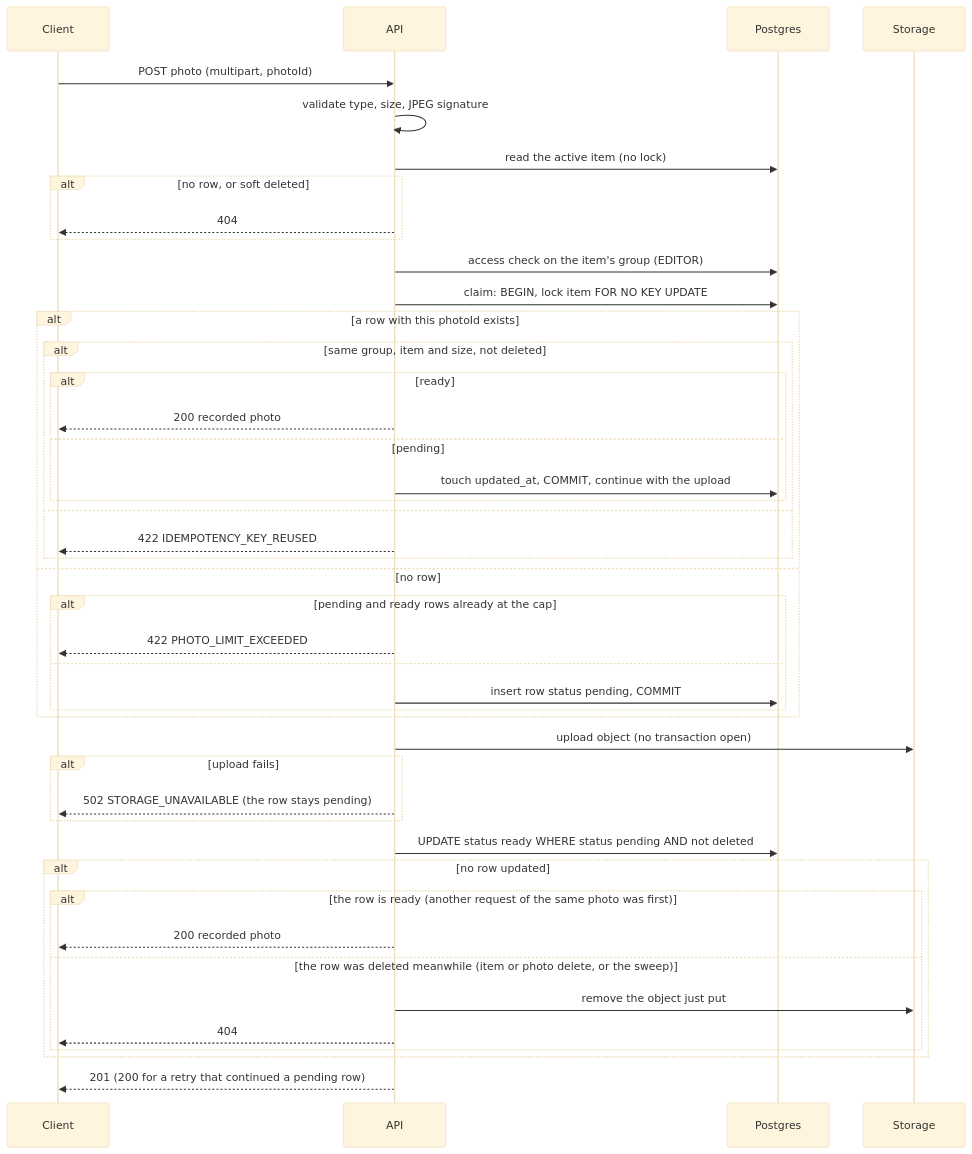
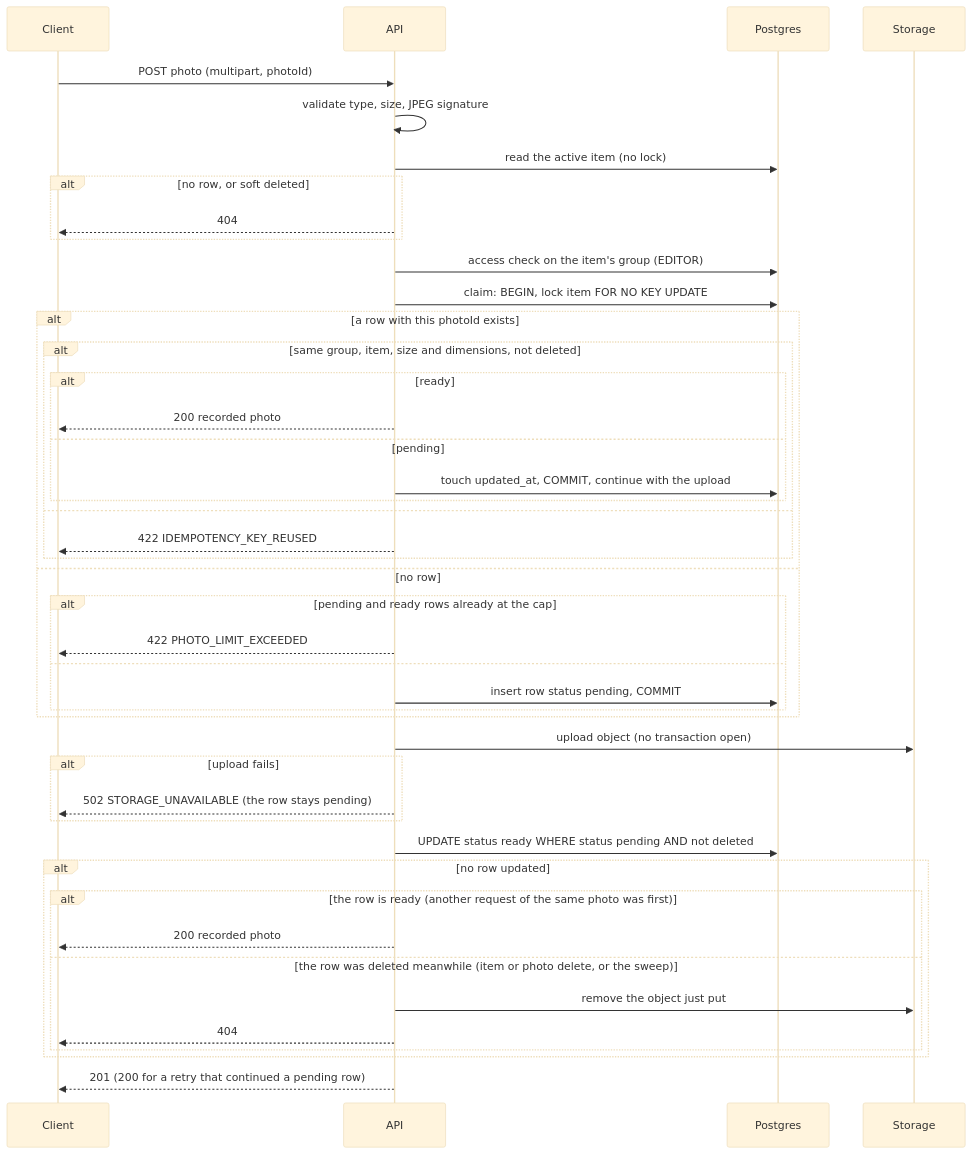
The diagram in docs/design/item-photos.md (TakashiAihara/prep-hamster), drawn with Mermaid (base theme) before and after one commit. The commit also changed other lines of this file and 4 other files, not shown here.

````diff
--- a/docs/design/item-photos.md
+++ b/docs/design/item-photos.md
@@ -123,46 +123,46 @@
 ```mermaid
 sequenceDiagram
   participant C as Client
   participant A as API
   participant D as Postgres
   participant S as Storage
   C->>A: POST photo (multipart, photoId)
   A->>A: validate type, size, JPEG signature
   A->>D: read the active item (no lock)
   alt no row, or soft deleted
     A-->>C: 404
   end
   A->>D: access check on the item's group (EDITOR)
   A->>D: claim: BEGIN, lock item FOR NO KEY UPDATE
   alt a row with this photoId exists
-    alt same group, item and size, not deleted
+    alt same group, item, size and dimensions, not deleted
       alt ready
         A-->>C: 200 recorded photo
       else pending
         A->>D: touch updated_at, COMMIT, continue with the upload
       end
     else
       A-->>C: 422 IDEMPOTENCY_KEY_REUSED
     end
   else no row
     alt pending and ready rows already at the cap
       A-->>C: 422 PHOTO_LIMIT_EXCEEDED
     else
       A->>D: insert row status pending, COMMIT
     end
   end
   A->>S: upload object (no transaction open)
   alt upload fails
     A-->>C: 502 STORAGE_UNAVAILABLE (the row stays pending)
   end
   A->>D: UPDATE status ready WHERE status pending AND not deleted
   alt no row updated
     alt the row is ready (another request of the same photo was first)
       A-->>C: 200 recorded photo
     else the row was deleted meanwhile (item or photo delete, or the sweep)
       A->>S: remove the object just put
       A-->>C: 404
     end
   end
   A-->>C: 201 (200 for a retry that continued a pending row)
 ```
````
